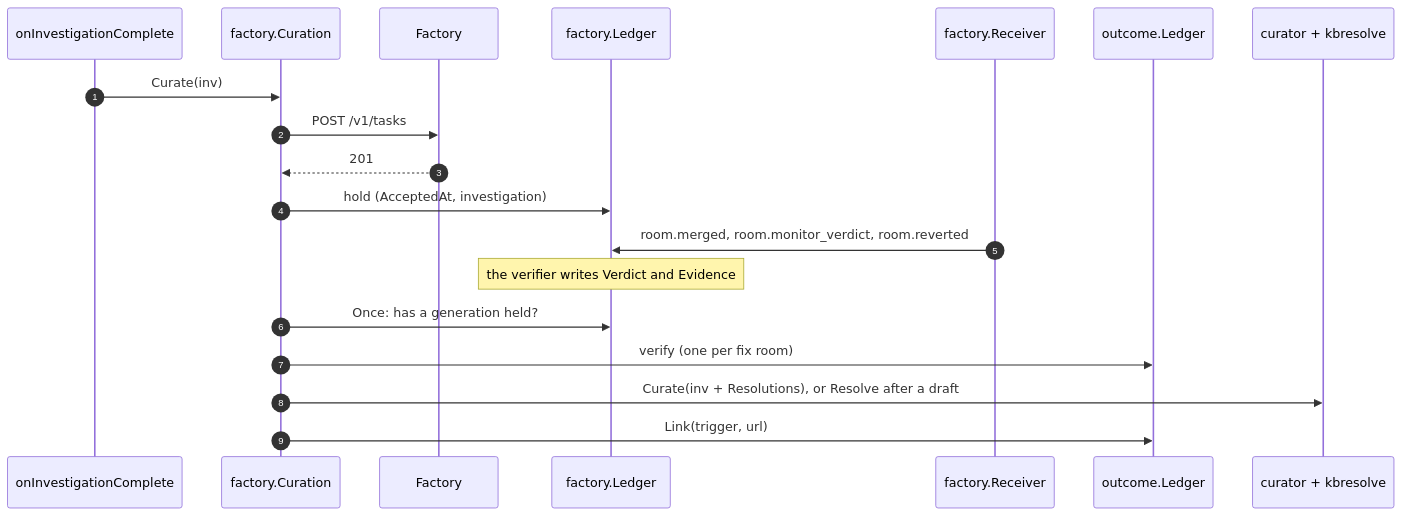
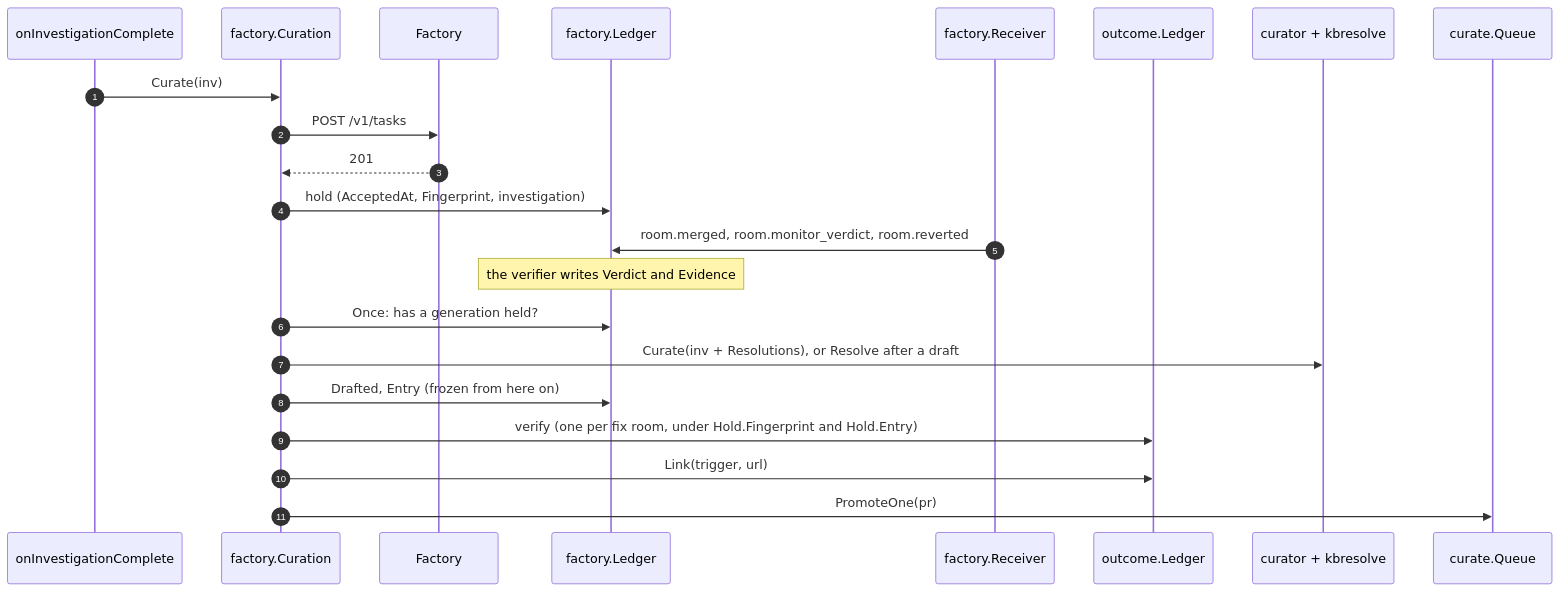
Before and after one commit to Smana/ai-native-ref: the diagram in docs/superpowers/plans/2026-11-03-runlore-kb-runlore-plan.md, drawn with Mermaid. The commit also changed other lines of this file and 4 other files, not shown here.

````diff
--- a/docs/superpowers/plans/2026-11-03-runlore-kb-runlore-plan.md
+++ b/docs/superpowers/plans/2026-11-03-runlore-kb-runlore-plan.md
@@ -22,21 +23,24 @@
 ```mermaid
 sequenceDiagram
   autonumber
   participant OC as onInvestigationComplete
   participant C as factory.Curation
   participant F as Factory
   participant L as factory.Ledger
   participant R as factory.Receiver
   participant O as outcome.Ledger
   participant K as curator + kbresolve
+  participant Q as curate.Queue
   OC->>C: Curate(inv)
   C->>F: POST /v1/tasks
   F-->>C: 201
-  C->>L: hold (AcceptedAt, investigation)
+  C->>L: hold (AcceptedAt, Fingerprint, investigation)
   R->>L: room.merged, room.monitor_verdict, room.reverted
   Note over L: the verifier writes Verdict and Evidence
   C->>L: Once: has a generation held?
-  C->>O: verify (one per fix room)
   C->>K: Curate(inv + Resolutions), or Resolve after a draft
+  C->>L: Drafted, Entry (frozen from here on)
+  C->>O: verify (one per fix room, under Hold.Fingerprint and Hold.Entry)
   C->>O: Link(trigger, url)
+  C->>Q: PromoteOne(pr)
 ```
````
